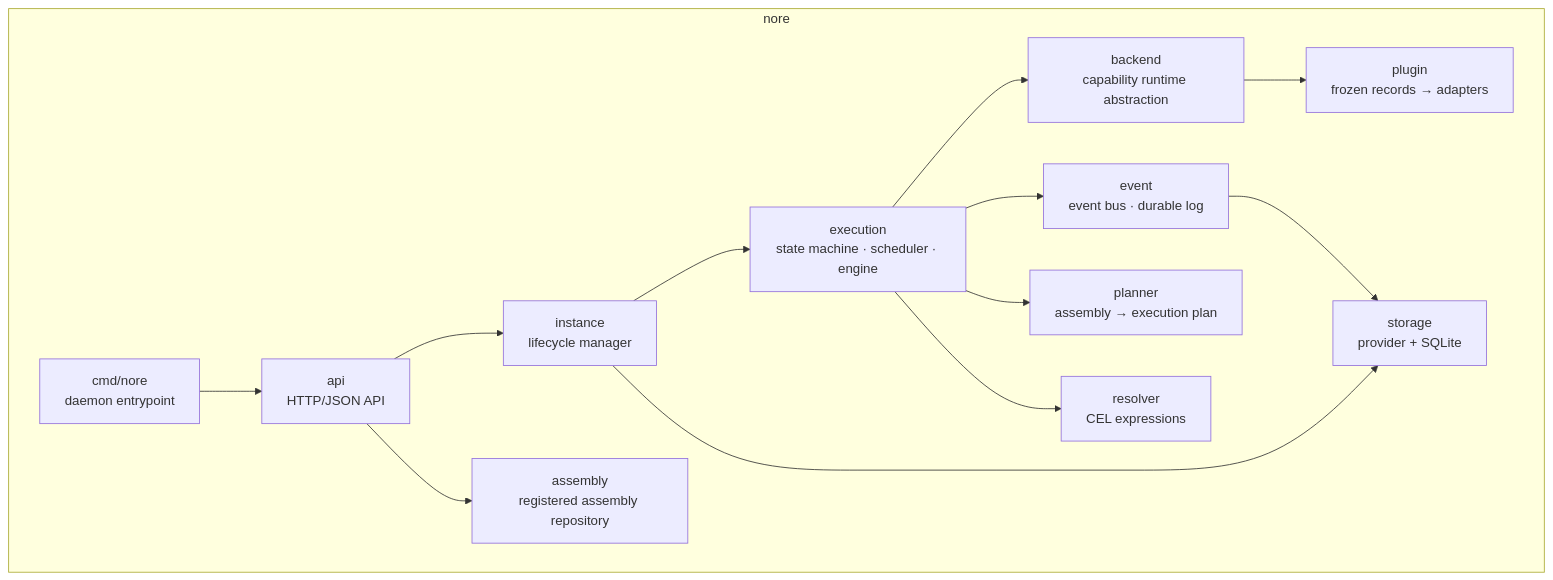
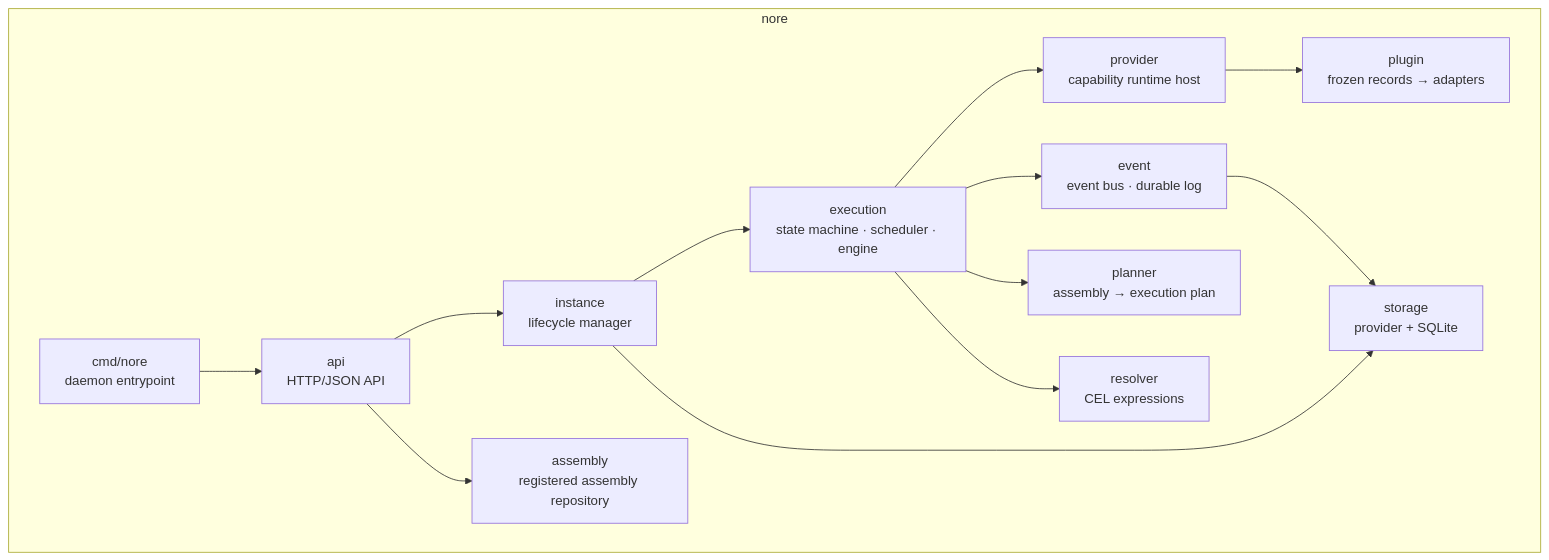
The fifth of 10 diagrams in docs/ARCHITECTURE.md (neuron-runtime/neuron), drawn with Mermaid before and after one commit. The commit also changed other lines of this file and 26 other files, not shown here.

````diff
--- a/docs/ARCHITECTURE.md
+++ b/docs/ARCHITECTURE.md
@@ -309,28 +309,28 @@
 ```mermaid
 flowchart TB
     subgraph nore
         cmd[cmd/nore<br/>daemon entrypoint]
         api[api<br/>HTTP/JSON API]
         inst[instance<br/>lifecycle manager]
         exec[execution<br/>state machine · scheduler · engine]
         ev[event<br/>event bus · durable log]
-        rt[backend<br/>capability runtime abstraction]
+        rt[provider<br/>capability runtime host]
         pl[planner<br/>assembly → execution plan]
         rv[resolver<br/>CEL expressions]
         st[storage<br/>provider + SQLite]
         sys[assembly<br/>registered assembly repository]
         plugin[plugin<br/>frozen records → adapters]
     end
 
     cmd --> api
     api --> inst
     api --> sys
     inst --> exec
     exec --> ev
     exec --> rt
     exec --> pl
     rt --> plugin
     exec --> rv
     ev --> st
     inst --> st
 ```
````
